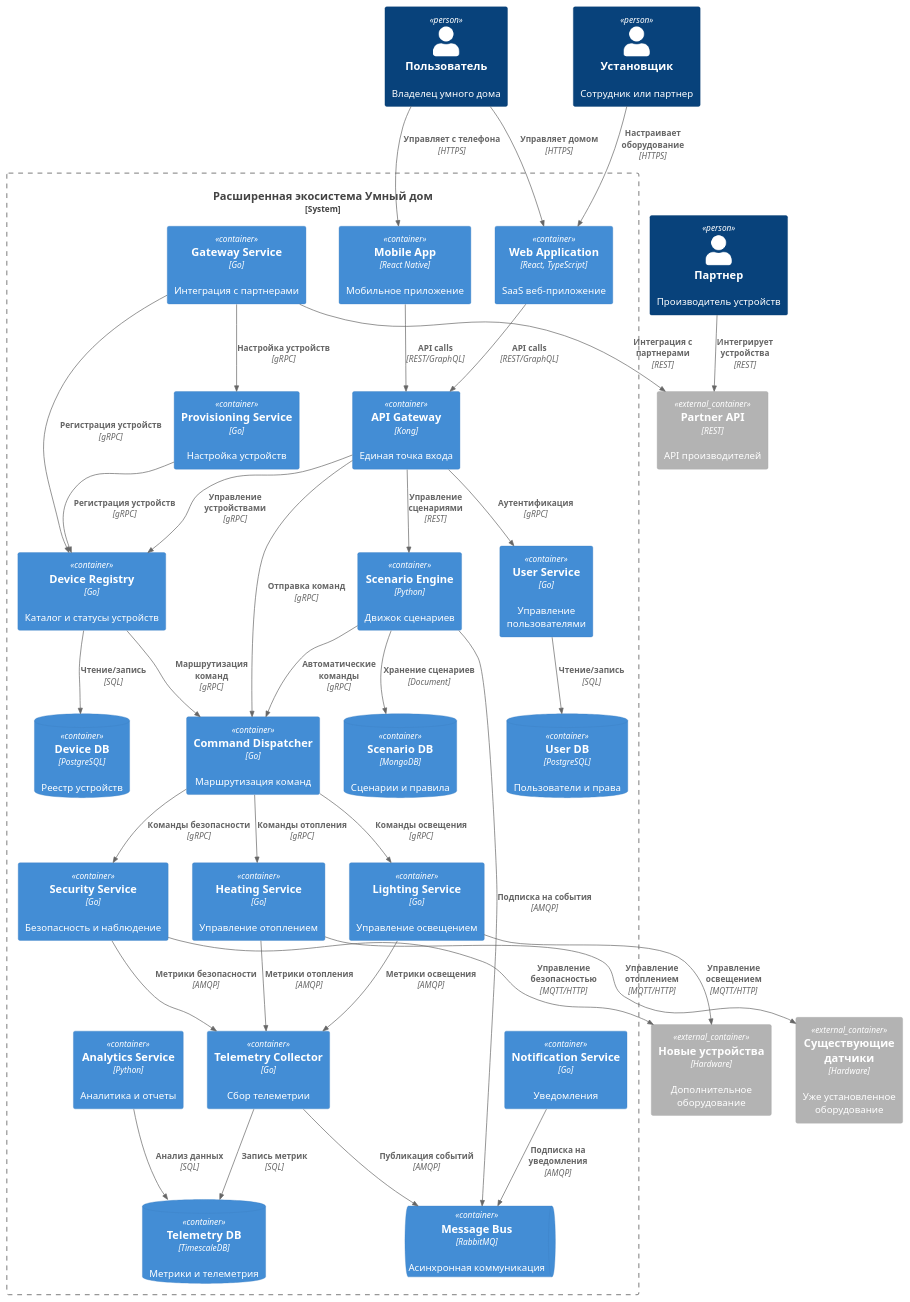
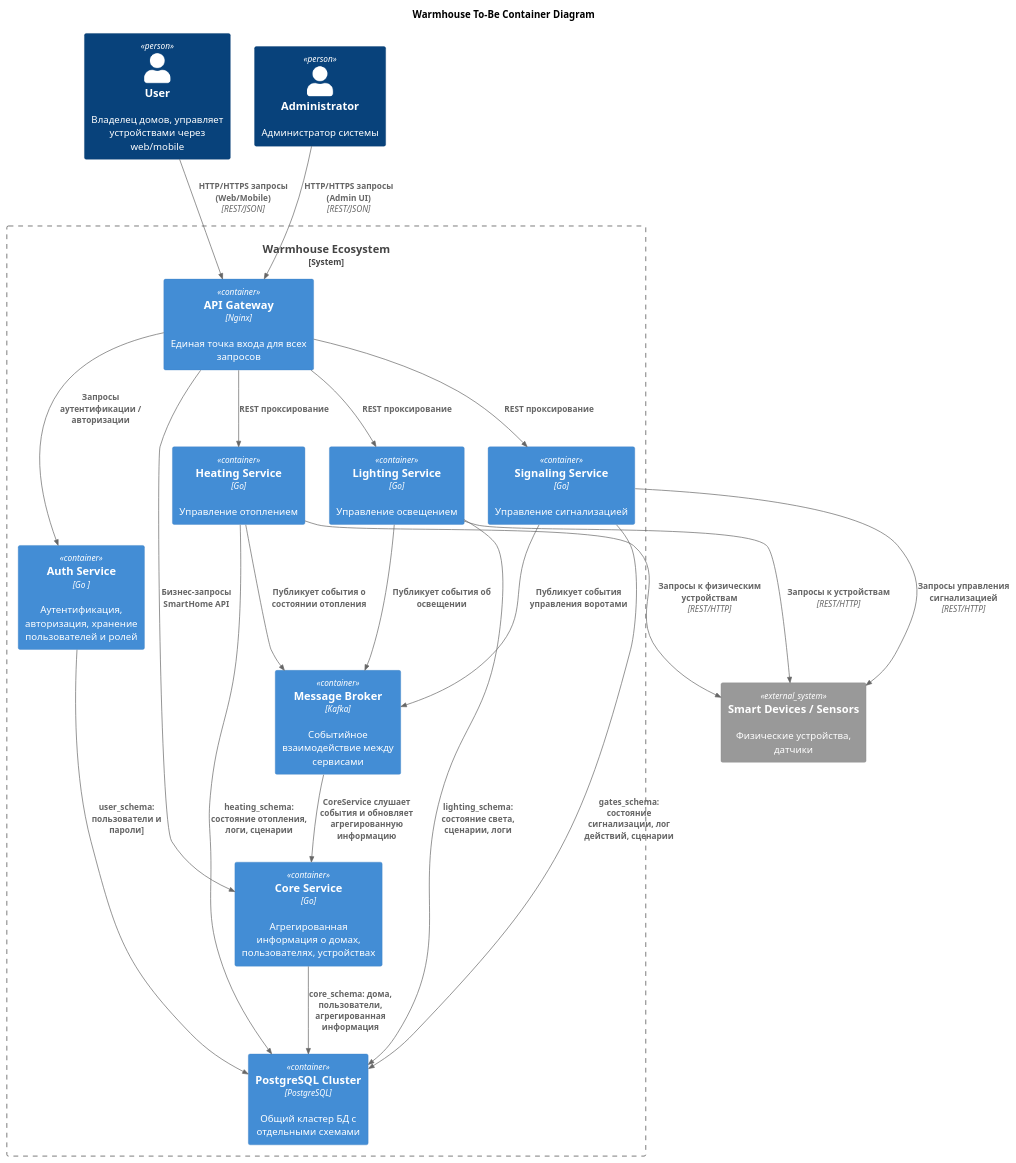
Before and after one commit to AlexeyPrutik/yandexarch-architecture-warmhouse: the diagram in docs/diagrams/ToBe/Container.puml, drawn with PlantUML. The commit also changed 17 other files, not shown here.

Commit message:
Модифицировал, добавлены устройства сигнализации, убрано лишнее. Все работает

```diff
--- a/docs/diagrams/ToBe/Container.puml
+++ b/docs/diagrams/ToBe/Container.puml
@@ -1,97 +1,54 @@
-@startuml To-Be Extended Containers
-!include https://raw.githubusercontent.com/plantuml-stdlib/C4-PlantUML/master/C4_Container.puml
+@startuml
+title Warmhouse To-Be Container Diagram
 
-Person(user, "Пользователь", "Владелец умного дома")
-Person(installer, "Установщик", "Сотрудник или партнер")
-Person(partner, "Партнер", "Производитель устройств")
+top to bottom direction
+!includeurl https://raw.githubusercontent.com/RicardoNiepel/C4-PlantUML/master/C4_Component.puml
 
-System_Boundary(ecosystem, "Расширенная экосистема Умный дом") {
-    Container(web_app, "Web Application", "React, TypeScript", "SaaS веб-приложение")
-    Container(mobile_app, "Mobile App", "React Native", "Мобильное приложение")
-    Container(api_gateway, "API Gateway", "Kong", "Единая точка входа")
+Person(user, "User", "Владелец домов, управляет устройствами через web/mobile")
+Person(admin, "Administrator", "Администратор системы")
 
-    ' Core Services
-    Container(user_service, "User Service", "Go", "Управление пользователями")
-    Container(device_registry, "Device Registry", "Go", "Каталог и статусы устройств")
-    Container(command_dispatcher, "Command Dispatcher", "Go", "Маршрутизация команд")
-    Container(telemetry_collector, "Telemetry Collector", "Go", "Сбор телеметрии")
-
-    ' Business Services
-    Container(heating_service, "Heating Service", "Go", "Управление отоплением")
-    Container(lighting_service, "Lighting Service", "Go", "Управление освещением")
-    Container(security_service, "Security Service", "Go", "Безопасность и наблюдение")
-    Container(gateway_service, "Gateway Service", "Go", "Интеграция с партнерами")
-
-    ' Infrastructure Services
-    Container(scenario_engine, "Scenario Engine", "Python", "Движок сценариев")
-    Container(notification_service, "Notification Service", "Go", "Уведомления")
-    Container(analytics_service, "Analytics Service", "Python", "Аналитика и отчеты")
-    Container(provisioning_service, "Provisioning Service", "Go", "Настройка устройств")
-
-    ' Data Stores
-    ContainerDb(user_db, "User DB", "PostgreSQL", "Пользователи и права")
-    ContainerDb(device_db, "Device DB", "PostgreSQL", "Реестр устройств")
-    ContainerDb(telemetry_db, "Telemetry DB", "TimescaleDB", "Метрики и телеметрия")
-    ContainerDb(scenario_db, "Scenario DB", "MongoDB", "Сценарии и правила")
-    ContainerQueue(message_bus, "Message Bus", "RabbitMQ", "Асинхронная коммуникация")
+System_Boundary(warmhouse, "Warmhouse Ecosystem") {
+  Container(apiGateway, "API Gateway", "Nginx", "Единая точка входа для всех запросов")
+  Container(authService, "Auth Service", "Go ", "Аутентификация, авторизация, хранение пользователей и ролей")
+  Container(coreService, "Core Service", "Go", "Агрегированная информация о домах, пользователях, устройствах")
+  Container(heatingService, "Heating Service", "Go", "Управление отоплением")
+  Container(lightingService, "Lighting Service", "Go", "Управление освещением")
+  Container(signalingService, "Signaling Service", "Go", "Управление сигнализацией")
+  Container(databaseCluster, "PostgreSQL Cluster", "PostgreSQL", "Общий кластер БД с отдельными схемами")
+  Container(kafka,  "Message Broker", "Kafka", "Событийное взаимодействие между сервисами")
 }
 
-' External Systems
-Container_Ext(partner_api, "Partner API", "REST", "API производителей")
-Container_Ext(existing_sensors, "Существующие датчики", "Hardware", "Уже установленное оборудование")
-Container_Ext(new_devices, "Новые устройства", "Hardware", "Дополнительное оборудование")
+System_Ext(sensors, "Smart Devices / Sensors", "Физические устройства, датчики")
 
-' User Interactions
-Rel(user, web_app, "Управляет домом", "HTTPS")
-Rel(user, mobile_app, "Управляет с телефона", "HTTPS")
-Rel(installer, web_app, "Настраивает оборудование", "HTTPS")
-Rel(partner, partner_api, "Интегрирует устройства", "REST")
+' Пользовательский и админский доступ
+Rel(user, apiGateway, "HTTP/HTTPS запросы (Web/Mobile)", "REST/JSON")
+Rel(admin, apiGateway, "HTTP/HTTPS запросы (Admin UI)", "REST/JSON")
 
-' API Gateway Connections
-Rel(web_app, api_gateway, "API calls", "REST/GraphQL")
-Rel(mobile_app, api_gateway, "API calls", "REST/GraphQL")
+' API Gateway проксирует запросы
+Rel(apiGateway, authService, "Запросы аутентификации / авторизации")
+Rel(apiGateway, coreService, "Бизнес-запросы SmartHome API")
+Rel(apiGateway, heatingService, "REST проксирование")
+Rel(apiGateway, lightingService, "REST проксирование")
+Rel(apiGateway, signalingService, "REST проксирование")
 
-' Core Service Interactions
-Rel(api_gateway, user_service, "Аутентификация", "gRPC")
-Rel(api_gateway, device_registry, "Управление устройствами", "gRPC")
-Rel(api_gateway, command_dispatcher, "Отправка команд", "gRPC")
-Rel(api_gateway, scenario_engine, "Управление сценариями", "REST")
+' CoreService хранит агрегированную информацию
+Rel(coreService, databaseCluster, "core_schema: дома, пользователи, агрегированная информация")
 
-' Business Logic Flow
-Rel(device_registry, command_dispatcher, "Маршрутизация команд", "gRPC")
-Rel(command_dispatcher, heating_service, "Команды отопления", "gRPC")
-Rel(command_dispatcher, lighting_service, "Команды освещения", "gRPC")
-Rel(command_dispatcher, security_service, "Команды безопасности", "gRPC")
+' Сервисы управляют своими данными в отдельных схемах
+Rel(heatingService, databaseCluster, "heating_schema: состояние отопления, логи, сценарии")
+Rel(lightingService, databaseCluster, "lighting_schema: состояние света, сценарии, логи")
+Rel(signalingService, databaseCluster, "gates_schema: состояние сигнализации, лог действий, сценарии")
+Rel(authService, databaseCluster, "user_schema: пользователи и пароли]")
 
-' Telemetry and Events
-Rel(heating_service, telemetry_collector, "Метрики отопления", "AMQP")
-Rel(lighting_service, telemetry_collector, "Метрики освещения", "AMQP")
-Rel(security_service, telemetry_collector, "Метрики безопасности", "AMQP")
-Rel(telemetry_collector, message_bus, "Публикация событий", "AMQP")
+' События через Kafka
+Rel(heatingService, kafka, "Публикует события о состоянии отопления")
+Rel(lightingService, kafka, "Публикует события об освещении")
+Rel(signalingService, kafka, "Публикует события управления воротами")
+Rel(kafka, coreService, "CoreService слушает события и обновляет агрегированную информацию")
 
-' Scenario Engine Integration
-Rel(scenario_engine, message_bus, "Подписка на события", "AMQP")
-Rel(scenario_engine, command_dispatcher, "Автоматические команды", "gRPC")
-
-' Partner Integration
-Rel(gateway_service, partner_api, "Интеграция с партнерами", "REST")
-Rel(gateway_service, device_registry, "Регистрация устройств", "gRPC")
-Rel(gateway_service, provisioning_service, "Настройка устройств", "gRPC")
-
-' Device Communications
-Rel(heating_service, existing_sensors, "Управление отоплением", "MQTT/HTTP")
-Rel(lighting_service, new_devices, "Управление освещением", "MQTT/HTTP")
-Rel(security_service, new_devices, "Управление безопасностью", "MQTT/HTTP")
-
-' Database Connections
-Rel(user_service, user_db, "Чтение/запись", "SQL")
-Rel(device_registry, device_db, "Чтение/запись", "SQL")
-Rel(telemetry_collector, telemetry_db, "Запись метрик", "SQL")
-Rel(scenario_engine, scenario_db, "Хранение сценариев", "Document")
-
-' Additional Services
-Rel(notification_service, message_bus, "Подписка на уведомления", "AMQP")
-Rel(analytics_service, telemetry_db, "Анализ данных", "SQL")
-Rel(provisioning_service, device_registry, "Регистрация устройств", "gRPC")
+' Сервисы взаимодействуют с физическими устройствами
+Rel(heatingService, sensors, "Запросы к физическим устройствам", "REST/HTTP")
+Rel(lightingService, sensors, "Запросы к устройствам", "REST/HTTP")
+Rel(signalingService, sensors, "Запросы управления сигнализацией", "REST/HTTP")
 
 @enduml
```
